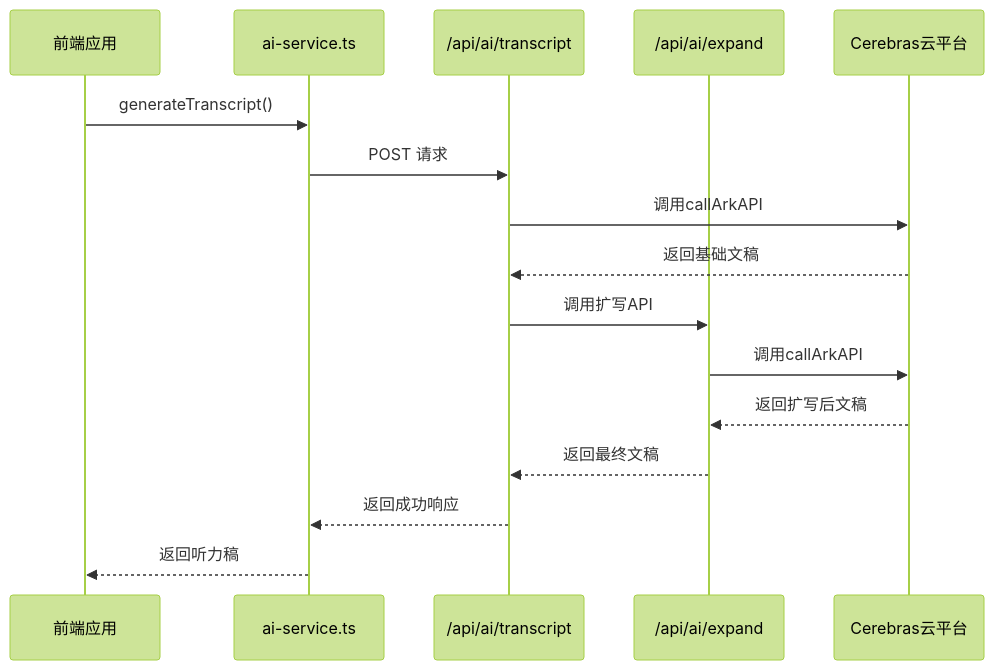
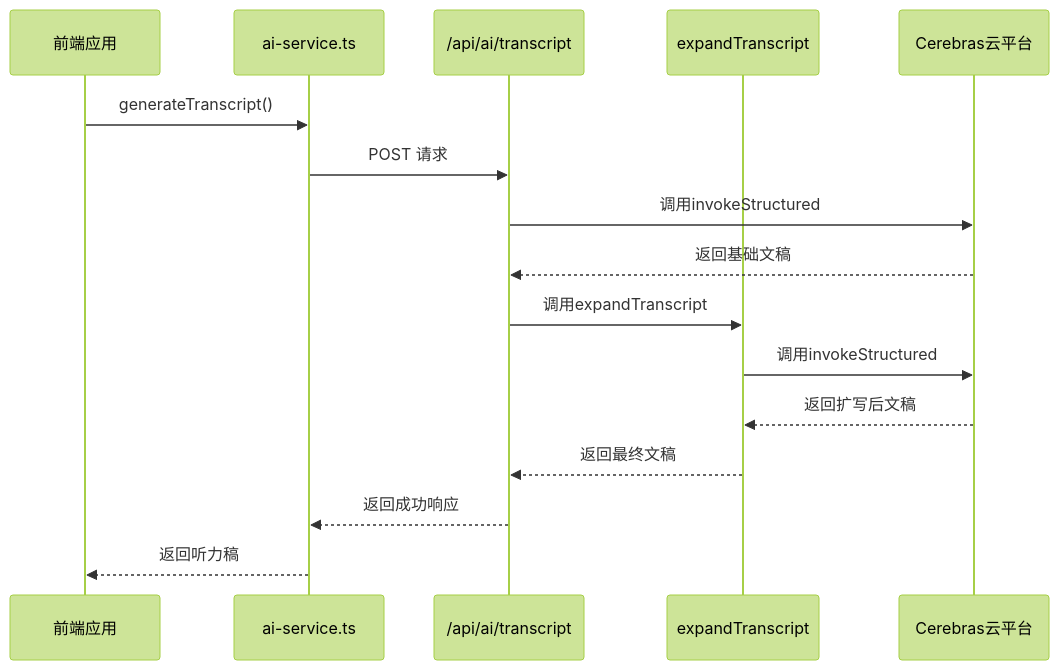
Before and after one commit to arthurlee116/english-listening-trainer: the first of 5 diagrams in .qoder/repowiki/zh/content/核心功能模块/核心功能模块.md, drawn with Mermaid (forest theme). The commit also changed other lines of this file and 12 other files, not shown here.

````diff
--- a/.qoder/repowiki/zh/content/核心功能模块/核心功能模块.md
+++ b/.qoder/repowiki/zh/content/核心功能模块/核心功能模块.md
@@ -36,18 +44,18 @@
 ```mermaid
 sequenceDiagram
 participant 前端 as 前端应用
 participant 客户端服务 as ai-service.ts
 participant API路由 as /api/ai/transcript
-participant 扩写服务 as /api/ai/expand
+participant 扩写服务 as expandTranscript
 participant Cerebras as Cerebras云平台
 前端->>客户端服务 : generateTranscript()
 客户端服务->>API路由 : POST 请求
-API路由->>Cerebras : 调用callArkAPI
+API路由->>Cerebras : 调用invokeStructured
 Cerebras-->>API路由 : 返回基础文稿
-API路由->>扩写服务 : 调用扩写API
-扩写服务->>Cerebras : 调用callArkAPI
+API路由->>扩写服务 : 调用expandTranscript
+扩写服务->>Cerebras : 调用invokeStructured
 Cerebras-->>扩写服务 : 返回扩写后文稿
 扩写服务-->>API路由 : 返回最终文稿
 API路由-->>客户端服务 : 返回成功响应
 客户端服务-->>前端 : 返回听力稿
 ```
````
